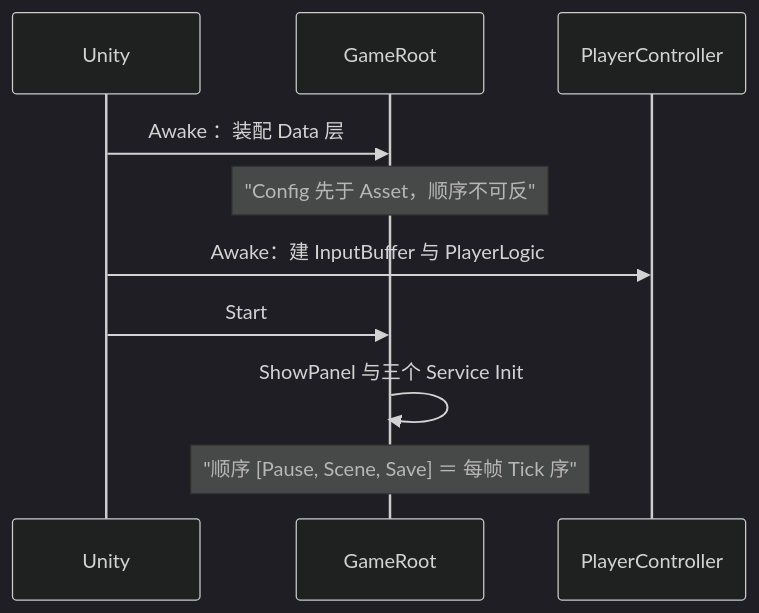
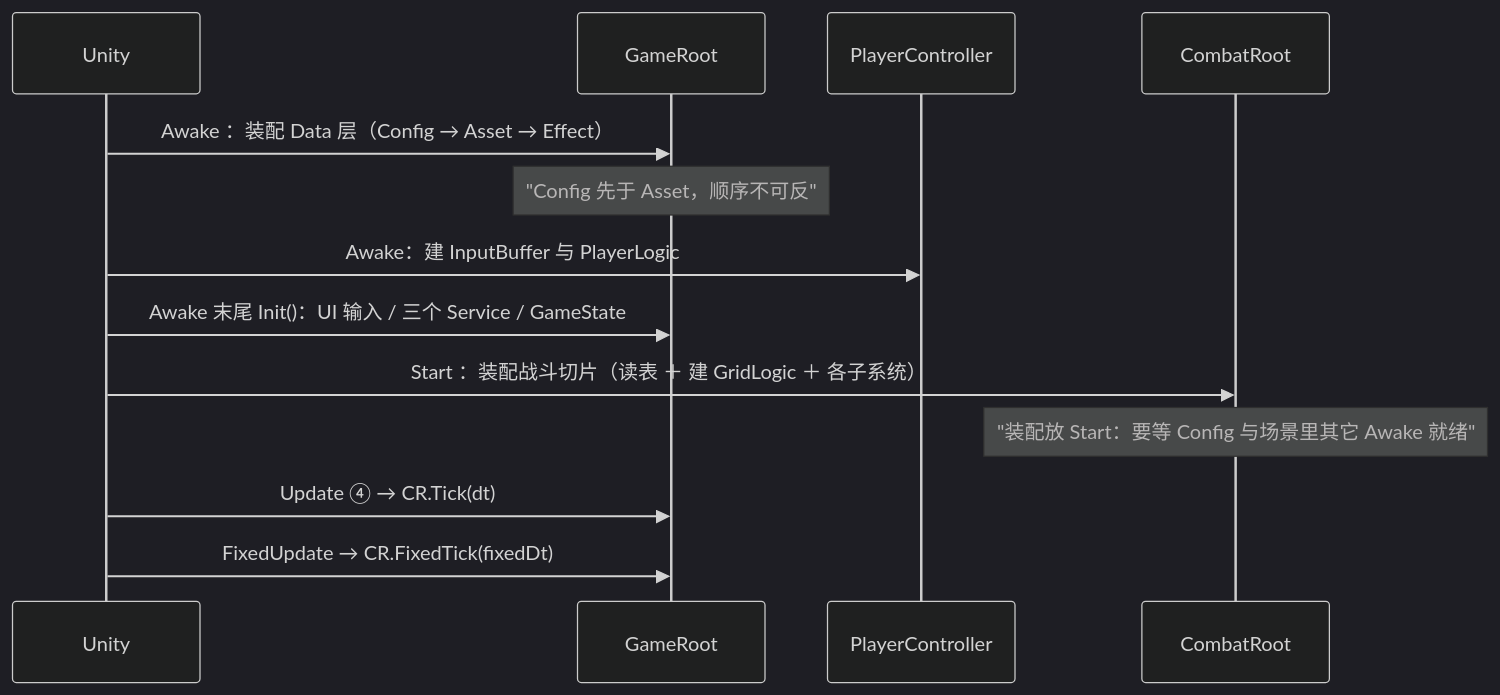
Before and after one commit to 5FYZhou/deepseaoil: the third of 3 diagrams in Docs/框架设计/框架蓝图.md, drawn with Mermaid (dark theme). The commit also changed other lines of this file and 152 other files, not shown here.

````diff
--- a/Docs/框架设计/框架蓝图.md
+++ b/Docs/框架设计/框架蓝图.md
@@ -60,12 +71,15 @@
 ```mermaid
 sequenceDiagram
     participant U as Unity
     participant GR as GameRoot
     participant PC as PlayerController
-    U->>GR: Awake ：装配 Data 层
+    participant CR as CombatRoot
+    U->>GR: Awake ：装配 Data 层（Config → Asset → Effect）
     Note over GR: "Config 先于 Asset，顺序不可反"
     U->>PC: Awake：建 InputBuffer 与 PlayerLogic
-    U->>GR: Start 
-    GR->>GR: ShowPanel 与三个 Service Init
-    Note over GR: "顺序 [Pause, Scene, Save] ＝ 每帧 Tick 序"
+    U->>GR: Awake 末尾 Init()：UI 输入 / 三个 Service / GameState
+    U->>CR: Start ：装配战斗切片（读表 ＋ 建 GridLogic ＋ 各子系统）
+    Note over CR: "装配放 Start：要等 Config 与场景里其它 Awake 就绪"
+    U->>GR: Update ④ → CR.Tick(dt)
+    U->>GR: FixedUpdate → CR.FixedTick(fixedDt)
 ```
````
